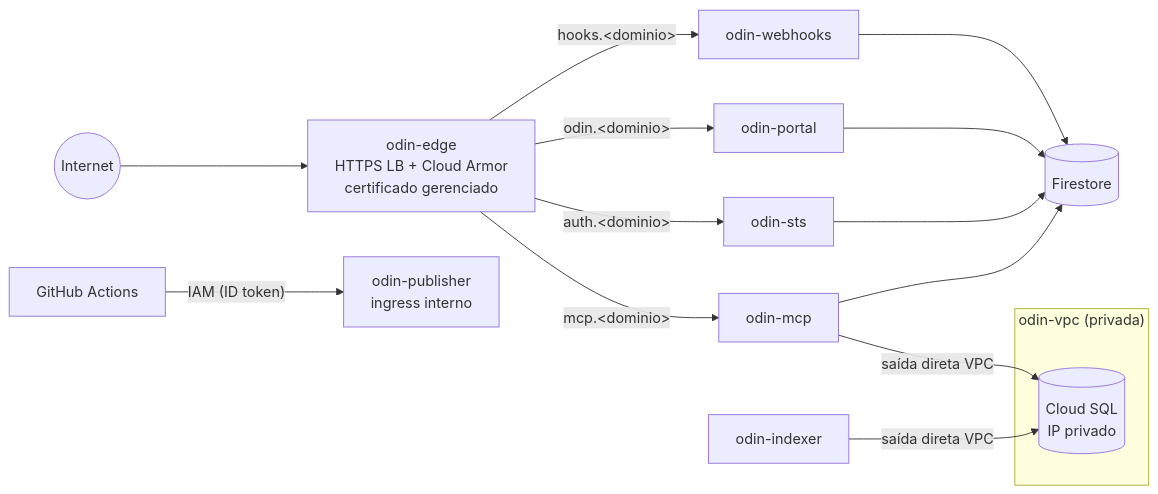
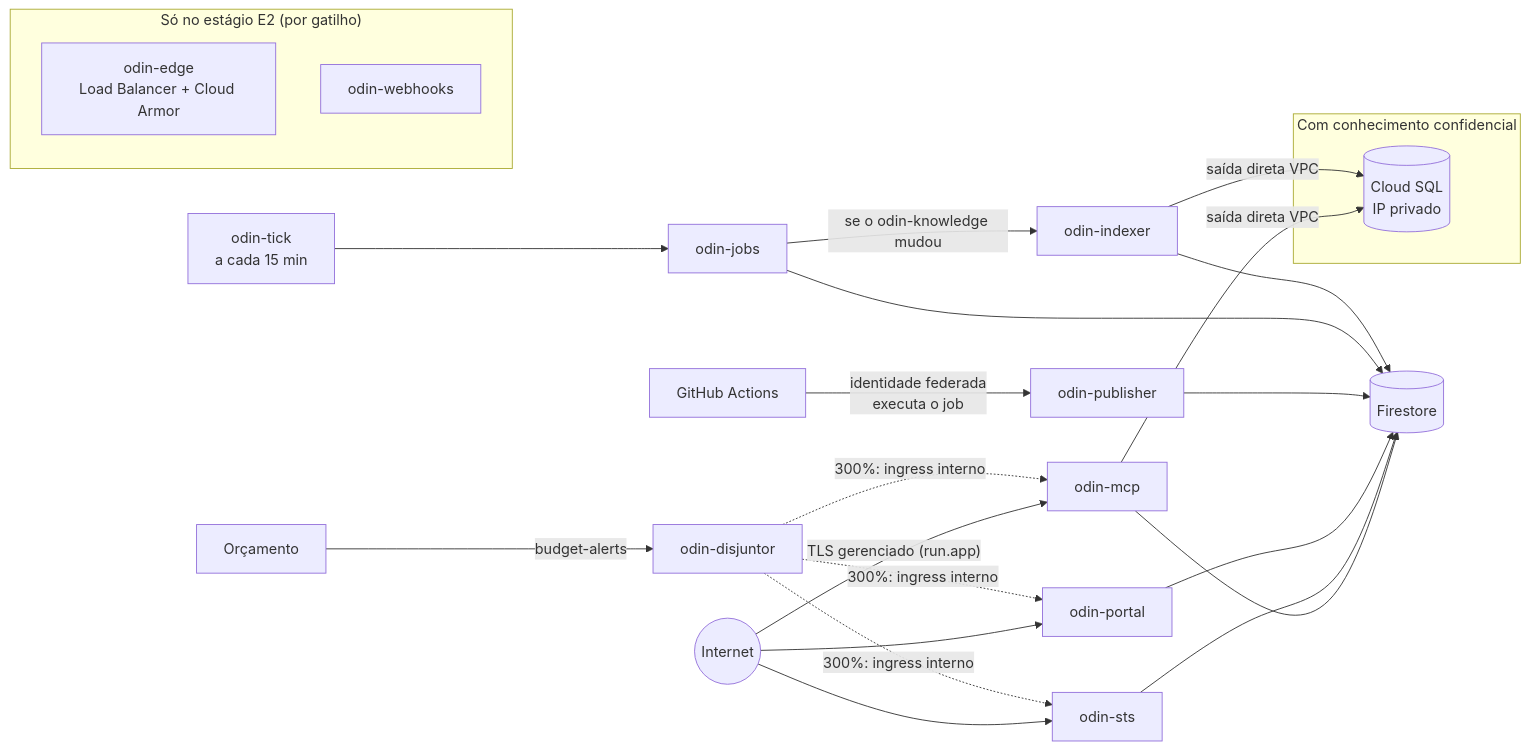
Before and after one commit to brunotrolo/Salesforce_Odin_MCP_Squad: the first of 4 diagrams in docs/arquitetura/03-arquitetura-tecnica.md, drawn with Mermaid. The commit also changed other lines of this file and 73 other files, not shown here.

First line of the commit message:
ADR 0018: arquitetura enxuta por estágios de custo, contratos em schema e governança

````diff
--- a/docs/arquitetura/03-arquitetura-tecnica.md
+++ b/docs/arquitetura/03-arquitetura-tecnica.md
@@ -48,15 +51,22 @@
 ```mermaid
 flowchart LR
-  I((Internet)) --> LB["odin-edge<br/>HTTPS LB + Cloud Armor<br/>certificado gerenciado"]
-  LB -- "mcp.&lt;dominio&gt;" --> MCP[odin-mcp]
-  LB -- "auth.&lt;dominio&gt;" --> STS[odin-sts]
-  LB -- "odin.&lt;dominio&gt;" --> POR[odin-portal]
-  LB -- "hooks.&lt;dominio&gt;" --> WH[odin-webhooks]
-  subgraph VPC["odin-vpc (privada)"]
+  I((Internet)) -- "TLS gerenciado (run.app)" --> MCP[odin-mcp]
+  I --> STS[odin-sts]
+  I --> POR[odin-portal]
+  MCP & STS & POR --> FS[(Firestore)]
+  GH[GitHub Actions] -- "identidade federada<br/>executa o job" --> PUB[odin-publisher]
+  TICK[odin-tick<br/>a cada 15 min] --> JOB[odin-jobs]
+  JOB -- "se o odin-knowledge mudou" --> IDX[odin-indexer]
+  PUB & JOB & IDX --> FS
+  BUD[Orçamento] -- "budget-alerts" --> DJ[odin-disjuntor]
+  DJ -. "300%: ingress interno" .-> MCP & STS & POR
+  subgraph E2["Só no estágio E2 (por gatilho)"]
+    LB["odin-edge<br/>Load Balancer + Cloud Armor"]
+    WH[odin-webhooks]
+  end
+  subgraph SQLG["Com conhecimento confidencial"]
     SQL[(Cloud SQL<br/>IP privado)]
   end
   MCP -- "saída direta VPC" --> SQL
-  IDX[odin-indexer] -- "saída direta VPC" --> SQL
-  MCP & STS & POR & WH --> FS[(Firestore)]
-  GH[GitHub Actions] -- "IAM (ID token)" --> PUB[odin-publisher<br/>ingress interno]
+  IDX -- "saída direta VPC" --> SQL
 ```
````
